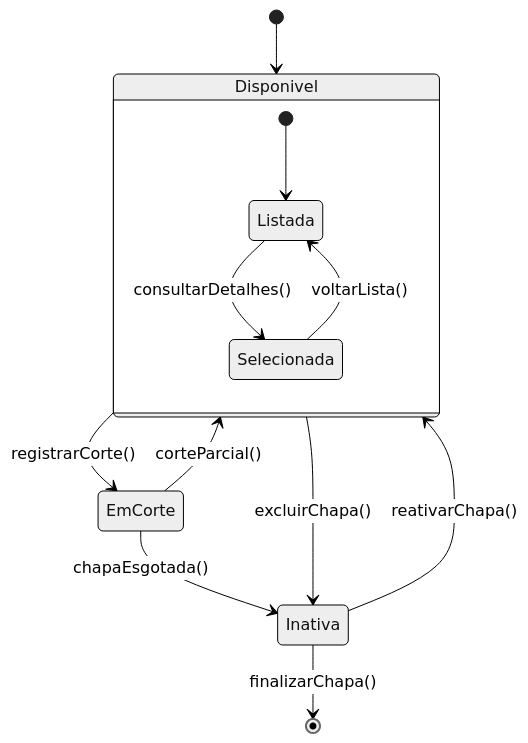
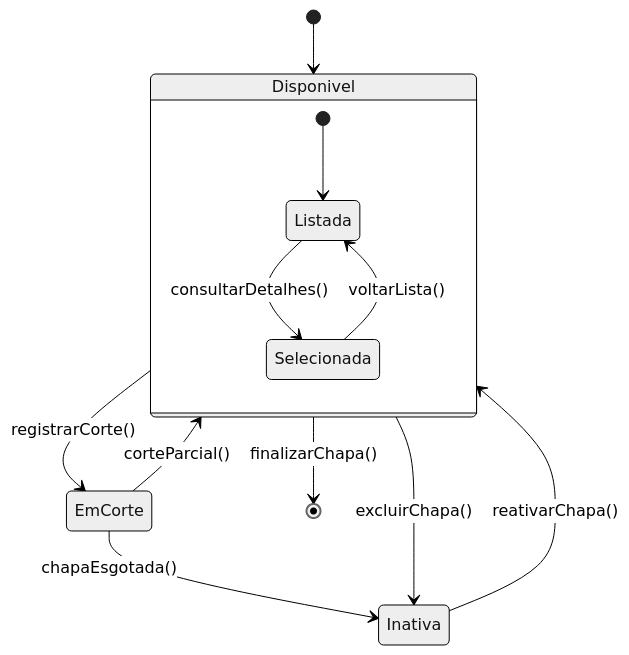
One commit to WlFerrari/TetusManager changed the first of 3 diagrams in DIAGRAMA_ESTADOS_MERMAID.md. Above: the diagram before and after it, drawn with Mermaid (neutral theme). The commit also changed other lines of this file and 21 other files, not shown here.

````diff
--- a/DIAGRAMA_ESTADOS_MERMAID.md
+++ b/DIAGRAMA_ESTADOS_MERMAID.md
@@ -5,18 +5,18 @@
 ```mermaid
 stateDiagram-v2
     [*] --> Disponivel
 
     Disponivel --> EmCorte: registrarCorte()
     EmCorte --> Disponivel: corteParcial()
     EmCorte --> Inativa: chapaEsgotada()
 
     Disponivel --> Inativa: excluirChapa()
     Inativa --> Disponivel: reativarChapa()
-    Inativa --> [*]: finalizarChapa()
+    Disponivel --> [*]: finalizarChapa()
 
     state Disponivel {
         [*] --> Listada
         Listada --> Selecionada: consultarDetalhes()
         Selecionada --> Listada: voltarLista()
     }
 ```
````
